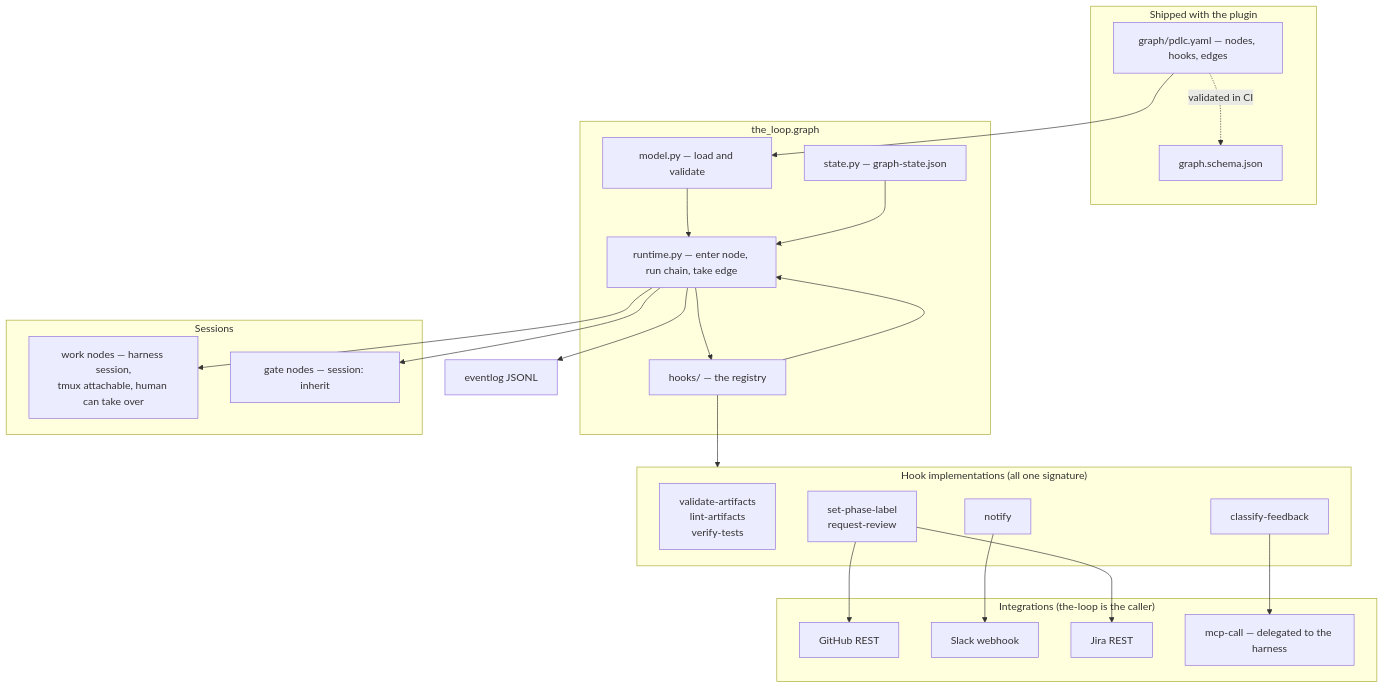
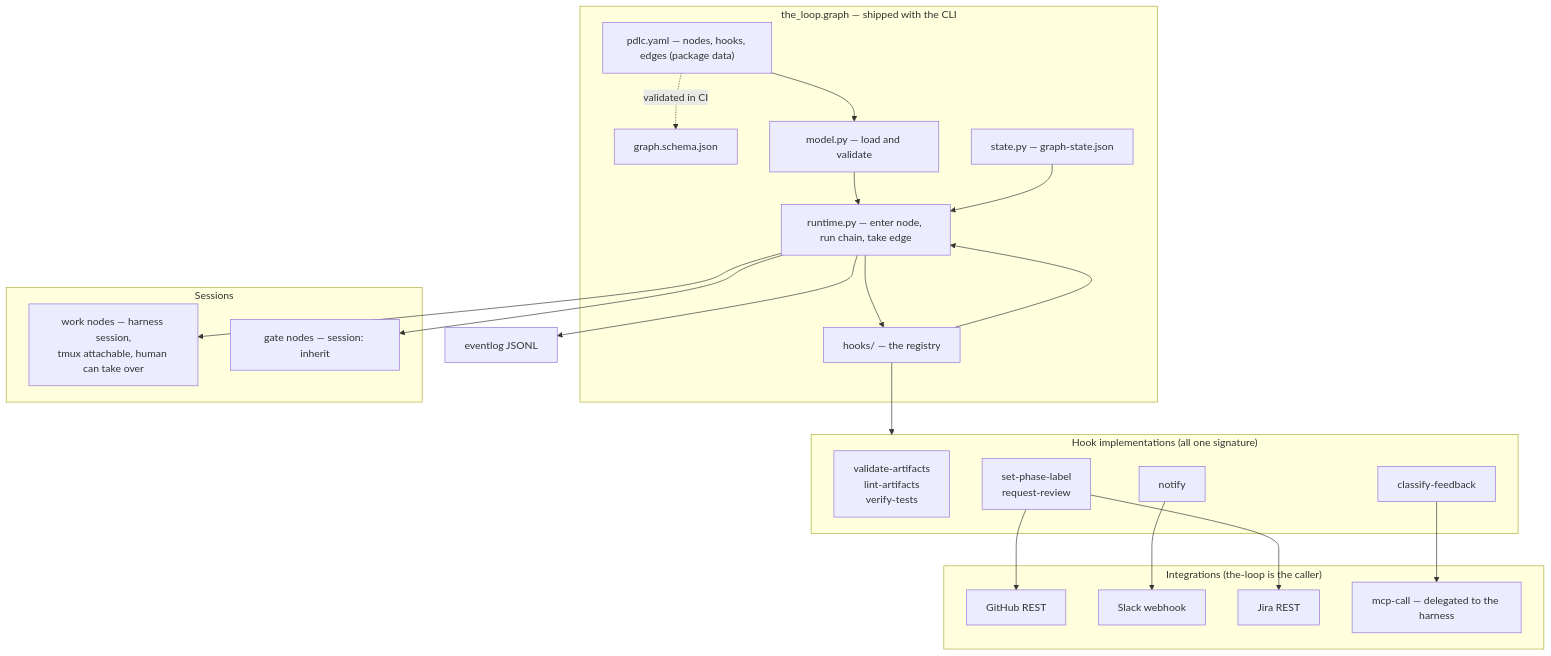
One commit to MadaraUchiha-314/the-loop changed the fourth of 5 diagrams in docs/specs/issue-109/design.md. Above: the diagram before and after it, drawn with Mermaid. The commit also changed other lines of this file and 10 other files, not shown here.

First line of the commit message:
fix(graph)!: ship the graph with the CLI, not the plugin

````diff
--- a/docs/specs/issue-109/design.md
+++ b/docs/specs/issue-109/design.md
@@ -442,48 +442,45 @@
 ```mermaid
 flowchart TB
-    subgraph plugin["Shipped with the plugin"]
-        PDLC["graph/pdlc.yaml — nodes, hooks, edges"]
+    subgraph core["the_loop.graph — shipped with the CLI"]
+        PDLC["pdlc.yaml — nodes, hooks, edges (package data)"]
         SCHEMA["graph.schema.json"]
         PDLC -. validated in CI .-> SCHEMA
-    end
-
-    subgraph core["the_loop.graph"]
         MODEL["model.py — load and validate"]
         RT["runtime.py — enter node, run chain, take edge"]
         HOOKS["hooks/ — the registry"]
         STATE["state.py — graph-state.json"]
         MODEL --> RT
         HOOKS --> RT
         STATE --> RT
     end
 
     subgraph impl["Hook implementations (all one signature)"]
         VAL["validate-artifacts<br/>lint-artifacts<br/>verify-tests"]
         GH["set-phase-label<br/>request-review"]
         SLACK["notify"]
         CLS["classify-feedback"]
     end
 
     subgraph integ["Integrations (the-loop is the caller)"]
         GHAPI["GitHub REST"]
         SLACKW["Slack webhook"]
         JIRA["Jira REST"]
         MCPD["mcp-call — delegated to the harness"]
     end
 
     subgraph sess["Sessions"]
         WORK["work nodes — harness session,<br/>tmux attachable, human can take over"]
         GATE["gate nodes — session: inherit"]
     end
 
     PDLC --> MODEL
     RT --> HOOKS
     HOOKS --> impl
     GH --> GHAPI
     SLACK --> SLACKW
     GH --> JIRA
     CLS --> MCPD
     RT --> WORK
     RT --> GATE
     RT --> EVT["eventlog JSONL"]
 ```
````
